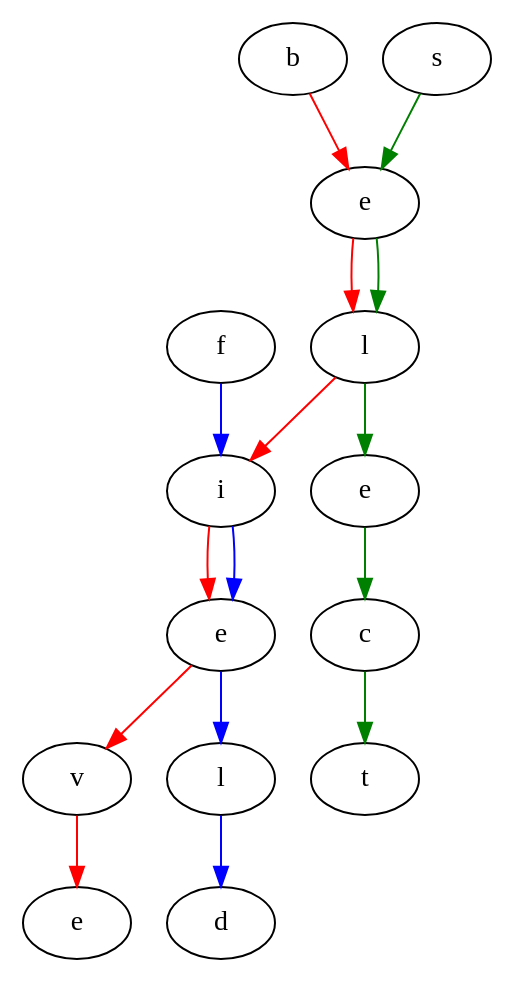
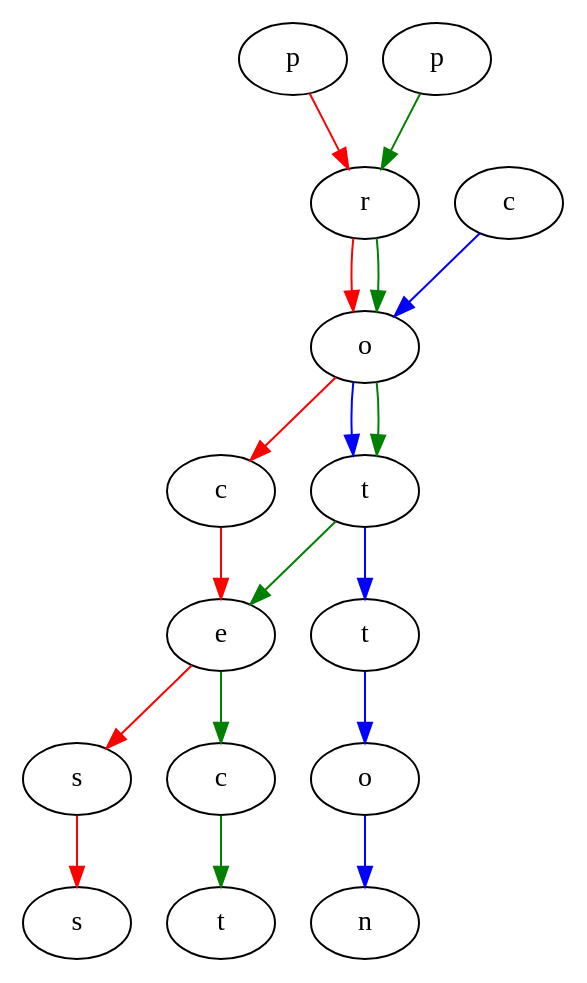
One commit to MaxMcF/SwitchWords changed the diagram in generate_boards/Digraph.gv. Above: the diagram before and after it, drawn with Graphviz. The commit also changed 16 other files, not shown here.

```diff
--- a/generate_boards/Digraph.gv
+++ b/generate_boards/Digraph.gv
@@ -1,35 +1,39 @@
 digraph {
-	"b.62b668e5-b0b8-446b-9ef4-852c764a0808" [label=b]
-	"e.ef554399-db97-423e-879a-ca86ca42368e" [label=e]
-	"l.8ee9c57b-5c4b-4c4c-803b-27a00feeaa6b" [label=l]
-	"i.7b1ad991-4a2f-4848-8293-0bb6de193ee2" [label=i]
-	"e.ed4494d5-cb4d-425b-9359-90d96b5c664f" [label=e]
-	"v.dd5e9454-5a32-4e0a-86a1-07abde60f410" [label=v]
-	"e.942f525c-a2e8-4070-b593-3405c5a24954" [label=e]
-	"b.62b668e5-b0b8-446b-9ef4-852c764a0808" -> "e.ef554399-db97-423e-879a-ca86ca42368e" [color=red]
-	"e.ef554399-db97-423e-879a-ca86ca42368e" -> "l.8ee9c57b-5c4b-4c4c-803b-27a00feeaa6b" [color=red]
-	"l.8ee9c57b-5c4b-4c4c-803b-27a00feeaa6b" -> "i.7b1ad991-4a2f-4848-8293-0bb6de193ee2" [color=red]
-	"i.7b1ad991-4a2f-4848-8293-0bb6de193ee2" -> "e.ed4494d5-cb4d-425b-9359-90d96b5c664f" [color=red]
-	"e.ed4494d5-cb4d-425b-9359-90d96b5c664f" -> "v.dd5e9454-5a32-4e0a-86a1-07abde60f410" [color=red]
-	"v.dd5e9454-5a32-4e0a-86a1-07abde60f410" -> "e.942f525c-a2e8-4070-b593-3405c5a24954" [color=red]
-	"f.37cb064d-30f9-4350-bfa7-743f29d7433c" [label=f]
-	"i.7b1ad991-4a2f-4848-8293-0bb6de193ee2" [label=i]
-	"e.ed4494d5-cb4d-425b-9359-90d96b5c664f" [label=e]
-	"l.8632a922-b79b-459f-bc04-f7f9593a1e67" [label=l]
-	"d.88d72fa1-66af-4e27-82dd-0e44b82685aa" [label=d]
-	"f.37cb064d-30f9-4350-bfa7-743f29d7433c" -> "i.7b1ad991-4a2f-4848-8293-0bb6de193ee2" [color=blue]
-	"i.7b1ad991-4a2f-4848-8293-0bb6de193ee2" -> "e.ed4494d5-cb4d-425b-9359-90d96b5c664f" [color=blue]
-	"e.ed4494d5-cb4d-425b-9359-90d96b5c664f" -> "l.8632a922-b79b-459f-bc04-f7f9593a1e67" [color=blue]
-	"l.8632a922-b79b-459f-bc04-f7f9593a1e67" -> "d.88d72fa1-66af-4e27-82dd-0e44b82685aa" [color=blue]
-	"s.b4fb2dfc-067a-4a9d-aa24-df3182b83a04" [label=s]
-	"e.ef554399-db97-423e-879a-ca86ca42368e" [label=e]
-	"l.8ee9c57b-5c4b-4c4c-803b-27a00feeaa6b" [label=l]
-	"e.9a938019-7e24-4423-82dc-b2c713fdcda3" [label=e]
-	"c.883f900e-1dcc-444b-b670-83e815b8ad16" [label=c]
-	"t.b18508b4-3436-4e9f-b1a0-332ff874191a" [label=t]
-	"s.b4fb2dfc-067a-4a9d-aa24-df3182b83a04" -> "e.ef554399-db97-423e-879a-ca86ca42368e" [color=green]
-	"e.ef554399-db97-423e-879a-ca86ca42368e" -> "l.8ee9c57b-5c4b-4c4c-803b-27a00feeaa6b" [color=green]
-	"l.8ee9c57b-5c4b-4c4c-803b-27a00feeaa6b" -> "e.9a938019-7e24-4423-82dc-b2c713fdcda3" [color=green]
-	"e.9a938019-7e24-4423-82dc-b2c713fdcda3" -> "c.883f900e-1dcc-444b-b670-83e815b8ad16" [color=green]
-	"c.883f900e-1dcc-444b-b670-83e815b8ad16" -> "t.b18508b4-3436-4e9f-b1a0-332ff874191a" [color=green]
+	"p.df4e925f-fd30-4a00-adc8-297d93986c72" [label=p]
+	"r.a4ac8821-7ed7-4608-902c-646b700f2227" [label=r]
+	"o.fcdf4aaf-a120-46af-9ca8-5b86f2a77168" [label=o]
+	"c.a2d51065-33e2-44bf-9e1c-1752d3f8343d" [label=c]
+	"e.40bbb663-9e57-4a68-8ef6-2f1c26519116" [label=e]
+	"s.5ace6ff6-7883-4a8f-8df3-e35c907b7965" [label=s]
+	"s.27ad9050-6900-48ce-b672-854a02651b2f" [label=s]
+	"p.df4e925f-fd30-4a00-adc8-297d93986c72" -> "r.a4ac8821-7ed7-4608-902c-646b700f2227" [color=red]
+	"r.a4ac8821-7ed7-4608-902c-646b700f2227" -> "o.fcdf4aaf-a120-46af-9ca8-5b86f2a77168" [color=red]
+	"o.fcdf4aaf-a120-46af-9ca8-5b86f2a77168" -> "c.a2d51065-33e2-44bf-9e1c-1752d3f8343d" [color=red]
+	"c.a2d51065-33e2-44bf-9e1c-1752d3f8343d" -> "e.40bbb663-9e57-4a68-8ef6-2f1c26519116" [color=red]
+	"e.40bbb663-9e57-4a68-8ef6-2f1c26519116" -> "s.5ace6ff6-7883-4a8f-8df3-e35c907b7965" [color=red]
+	"s.5ace6ff6-7883-4a8f-8df3-e35c907b7965" -> "s.27ad9050-6900-48ce-b672-854a02651b2f" [color=red]
+	"c.b05f62b6-9948-4797-b4e1-7d80ec3da3fc" [label=c]
+	"o.fcdf4aaf-a120-46af-9ca8-5b86f2a77168" [label=o]
+	"t.4ecb366a-f9e5-4ee3-9133-614ad1902115" [label=t]
+	"t.29a27e57-e73f-4953-993c-2b9dcaf27baf" [label=t]
+	"o.d58286b0-8e2c-4632-b935-044891c5bf39" [label=o]
+	"n.8b01506d-7bfb-4ed0-95c2-66b1a56566ce" [label=n]
+	"c.b05f62b6-9948-4797-b4e1-7d80ec3da3fc" -> "o.fcdf4aaf-a120-46af-9ca8-5b86f2a77168" [color=blue]
+	"o.fcdf4aaf-a120-46af-9ca8-5b86f2a77168" -> "t.4ecb366a-f9e5-4ee3-9133-614ad1902115" [color=blue]
+	"t.4ecb366a-f9e5-4ee3-9133-614ad1902115" -> "t.29a27e57-e73f-4953-993c-2b9dcaf27baf" [color=blue]
+	"t.29a27e57-e73f-4953-993c-2b9dcaf27baf" -> "o.d58286b0-8e2c-4632-b935-044891c5bf39" [color=blue]
+	"o.d58286b0-8e2c-4632-b935-044891c5bf39" -> "n.8b01506d-7bfb-4ed0-95c2-66b1a56566ce" [color=blue]
+	"p.3cc6bdf0-3376-4051-a5d4-37adff681cee" [label=p]
+	"r.a4ac8821-7ed7-4608-902c-646b700f2227" [label=r]
+	"o.fcdf4aaf-a120-46af-9ca8-5b86f2a77168" [label=o]
+	"t.4ecb366a-f9e5-4ee3-9133-614ad1902115" [label=t]
+	"e.40bbb663-9e57-4a68-8ef6-2f1c26519116" [label=e]
+	"c.45ec970d-e11a-498c-9a18-50db19a82fc8" [label=c]
+	"t.bf68b138-8e26-42f9-8c60-398e6af98d17" [label=t]
+	"p.3cc6bdf0-3376-4051-a5d4-37adff681cee" -> "r.a4ac8821-7ed7-4608-902c-646b700f2227" [color=green]
+	"r.a4ac8821-7ed7-4608-902c-646b700f2227" -> "o.fcdf4aaf-a120-46af-9ca8-5b86f2a77168" [color=green]
+	"o.fcdf4aaf-a120-46af-9ca8-5b86f2a77168" -> "t.4ecb366a-f9e5-4ee3-9133-614ad1902115" [color=green]
+	"t.4ecb366a-f9e5-4ee3-9133-614ad1902115" -> "e.40bbb663-9e57-4a68-8ef6-2f1c26519116" [color=green]
+	"e.40bbb663-9e57-4a68-8ef6-2f1c26519116" -> "c.45ec970d-e11a-498c-9a18-50db19a82fc8" [color=green]
+	"c.45ec970d-e11a-498c-9a18-50db19a82fc8" -> "t.bf68b138-8e26-42f9-8c60-398e6af98d17" [color=green]
 }
```
